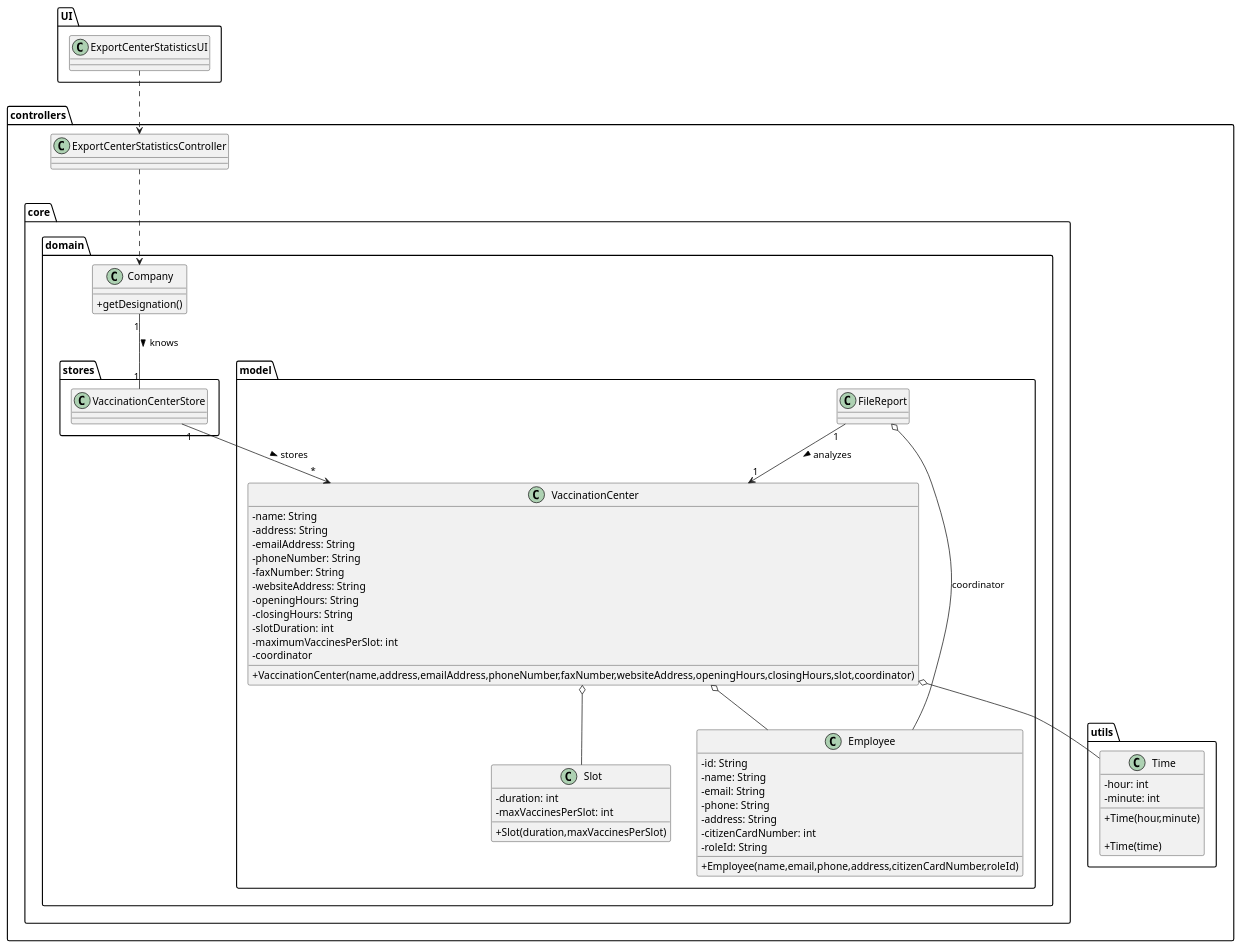
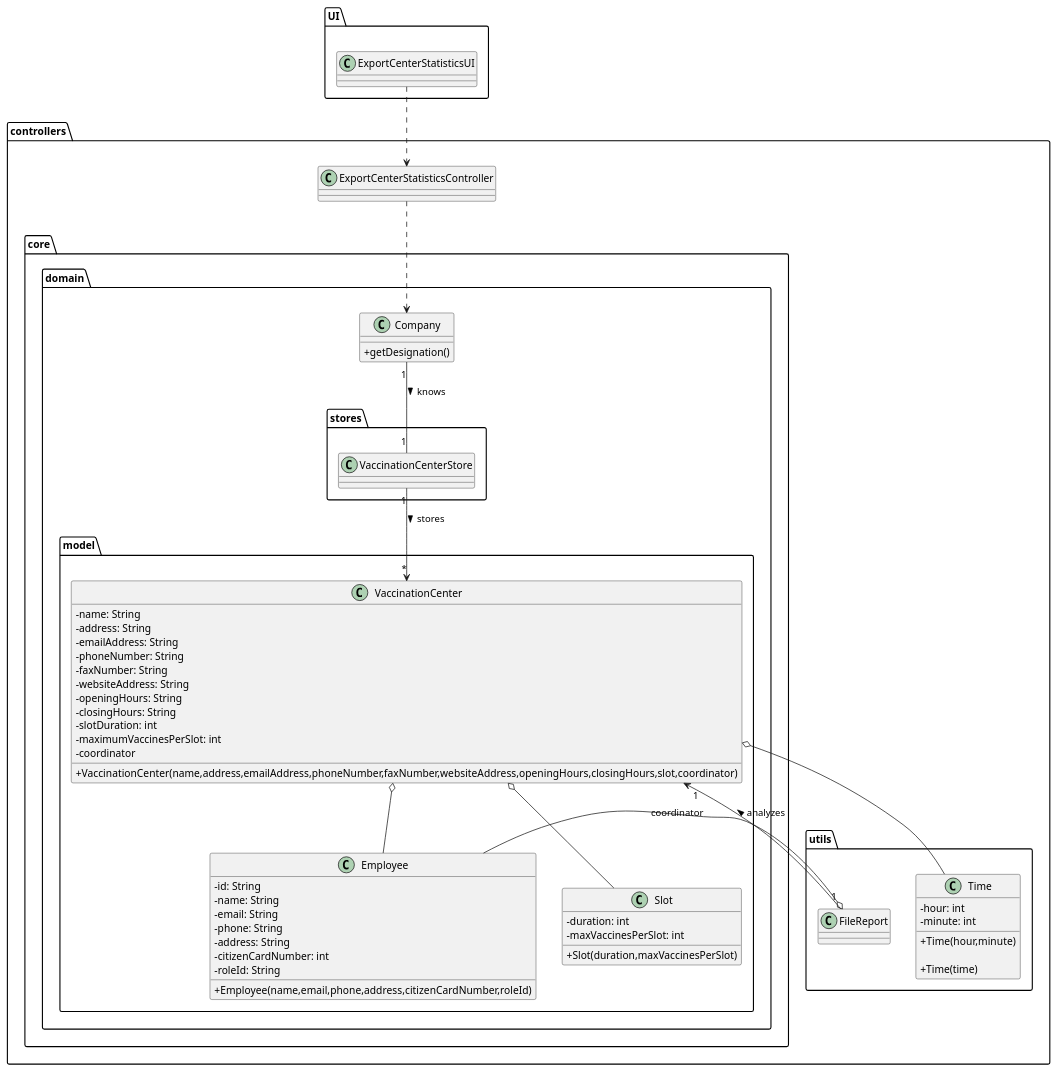
Before and after one commit to miseEnPlace-i/lapr2: the diagram in docs/SprintD/US15/CD/US15_CD.puml, drawn with PlantUML. The commit also changed 3 other files, not shown here.

```diff
--- a/docs/SprintD/US15/CD/US15_CD.puml
+++ b/docs/SprintD/US15/CD/US15_CD.puml
@@ -1,95 +1,94 @@
 @startuml US15_CD
 skinparam classAttributeIconSize 0
 
 package UI {
 class ExportCenterStatisticsUI {}
 }
 
 package controllers {
      class ExportCenterStatisticsController {
 
      }
 
    package utils {
      class Time {
        - hour: int
        - minute: int
        +Time(hour,minute)
 
        +Time(time)
      }
+    class FileReport {}
    }
-
 
 package core {
   package domain {
 
 class Company {
     +getDesignation()
 }
 
     package model {
 
-class FileReport {}
 
 class VaccinationCenter {
     - name: String
     - address: String
     - emailAddress: String
     - phoneNumber: String
     - faxNumber: String
     - websiteAddress: String
     - openingHours: String
     - closingHours: String
     - slotDuration: int
     - maximumVaccinesPerSlot: int
     - coordinator
         
     +VaccinationCenter(name,address,emailAddress,phoneNumber,faxNumber,websiteAddress,openingHours,closingHours,slot,coordinator)
 }
 
 
 class Employee {
     -id: String 
     -name: String 
     -email: String 
     -phone: String 
     -address: String 
     -citizenCardNumber: int 
     -roleId: String 
 
     +Employee(name,email,phone,address,citizenCardNumber,roleId)
 }
 
 class Slot {
     -duration: int
     -maxVaccinesPerSlot: int
 
     +Slot(duration,maxVaccinesPerSlot)
 }
 
 }
 
 package stores {
       class VaccinationCenterStore {}
       }
     }
 
 
 
 
 
 ExportCenterStatisticsUI ..> ExportCenterStatisticsController
 
 ExportCenterStatisticsController ..> Company
 
 Company "1" -- "1" VaccinationCenterStore : knows >
 
 VaccinationCenter o-- Employee
 VaccinationCenter o-- Time 
 VaccinationCenter o-- Slot
 Employee --o FileReport : coordinator
 FileReport "1" --> "1" VaccinationCenter : analyzes >
 
 VaccinationCenterStore "1" --> "*" VaccinationCenter : stores >
 @enduml
```
